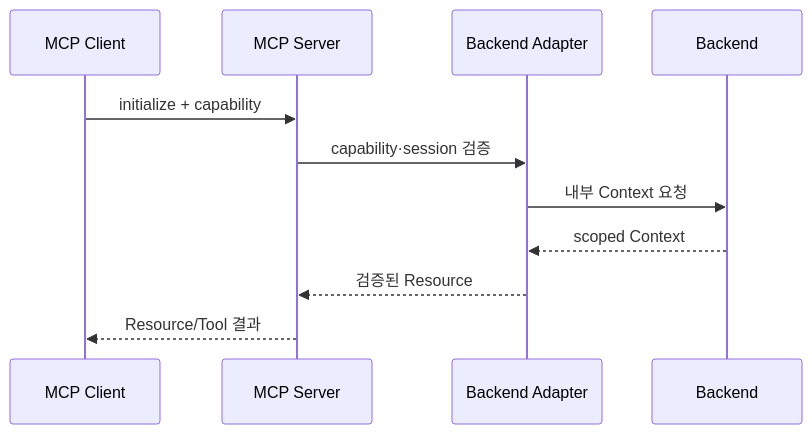
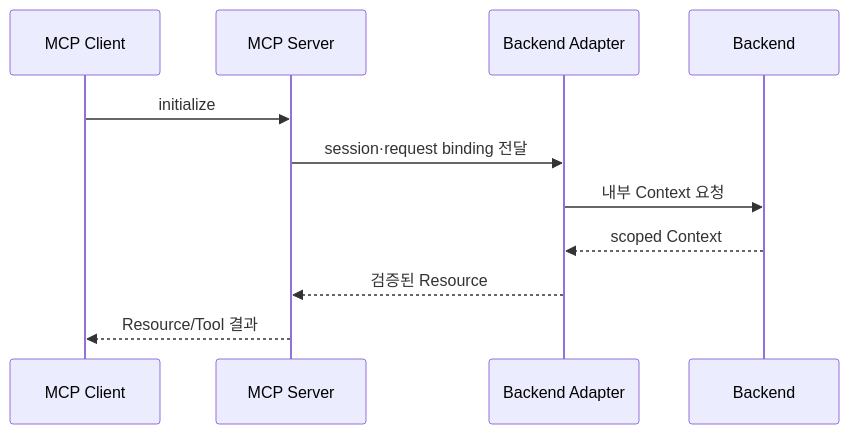
Before and after one commit to SHS5029/Team4_Proj_0831: the diagram in docs/arrangement/03_MCP_DESIGN.md, drawn with Mermaid. The commit also changed other lines of this file and 14 other files, not shown here.

````diff
--- a/docs/arrangement/03_MCP_DESIGN.md
+++ b/docs/arrangement/03_MCP_DESIGN.md
@@ -74,14 +91,14 @@
 ```mermaid
 sequenceDiagram
     participant C as MCP Client
     participant M as MCP Server
     participant A as Backend Adapter
     participant B as Backend
 
-    C->>M: initialize + capability
-    M->>A: capability·session 검증
+    C->>M: initialize
+    M->>A: session·request binding 전달
     A->>B: 내부 Context 요청
     B-->>A: scoped Context
     A-->>M: 검증된 Resource
     M-->>C: Resource/Tool 결과
 ```
````
